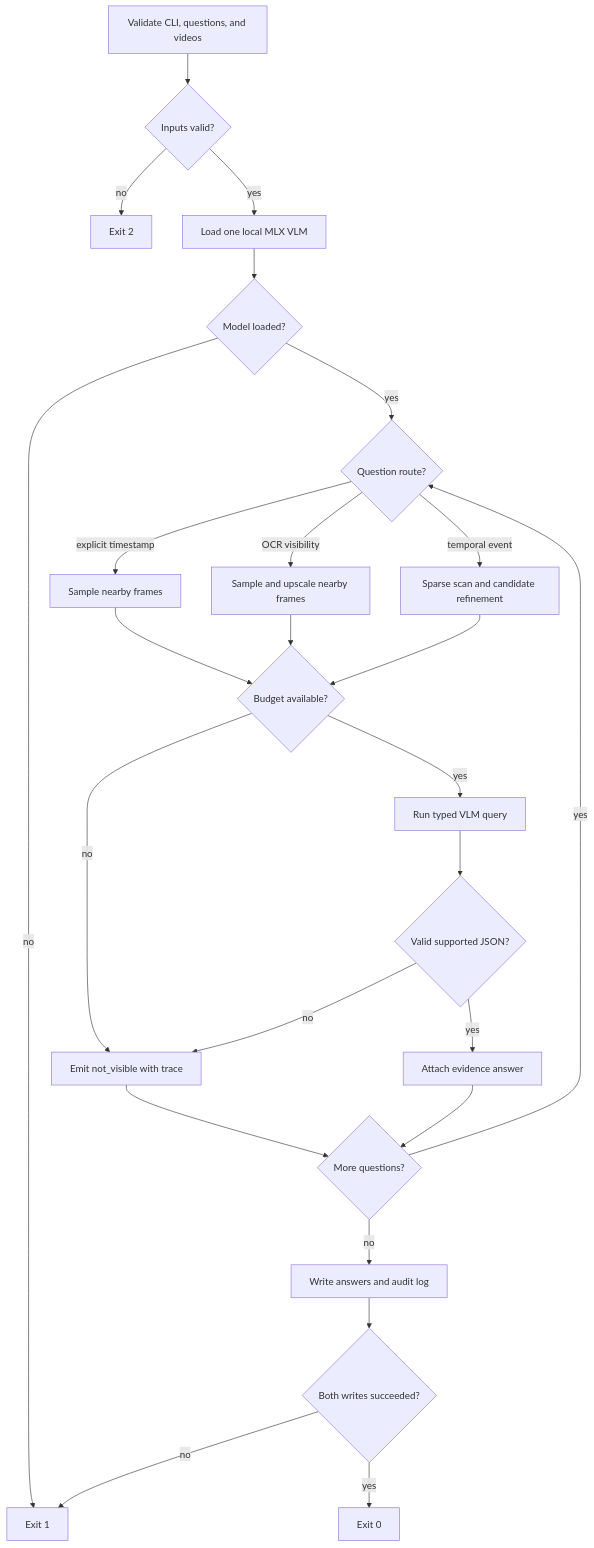
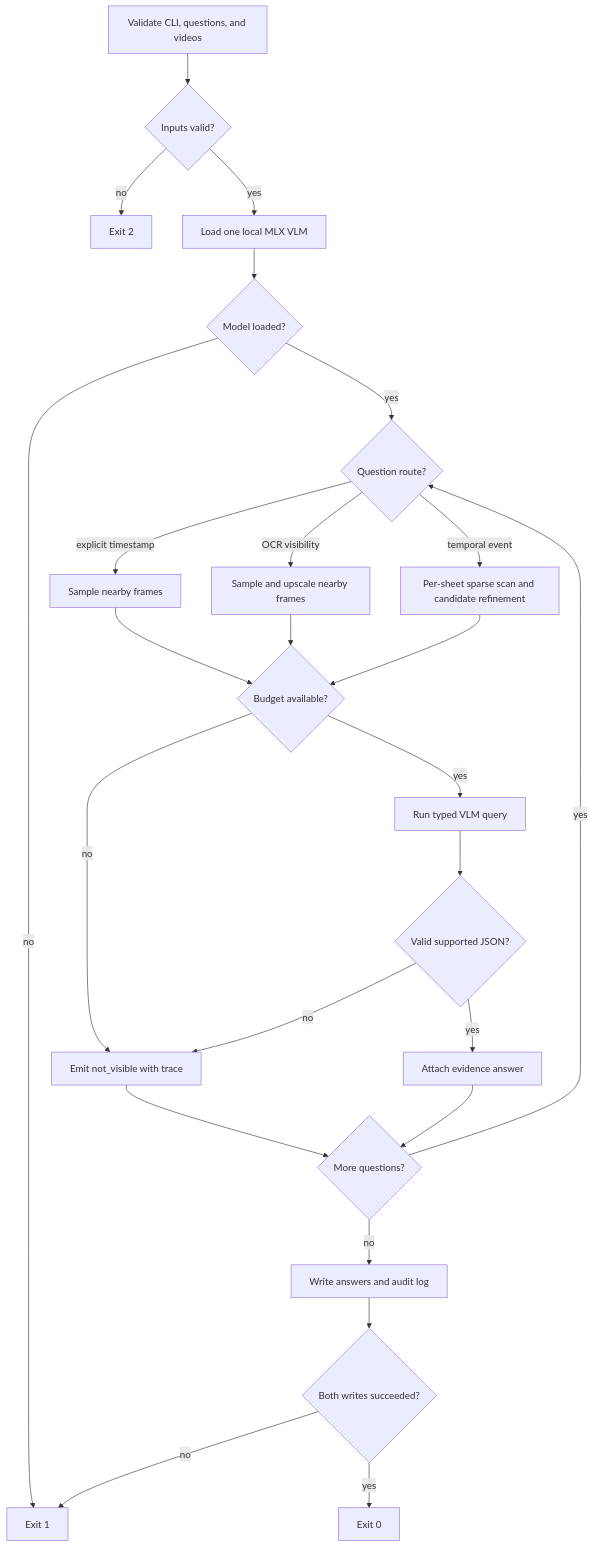
Before and after one commit to softpeanut/kitchen-cctv-agent: the diagram in DESIGN.md, drawn with Mermaid. The commit also changed other lines of this file and 6 other files, not shown here.

````diff
--- a/DESIGN.md
+++ b/DESIGN.md
@@ -67,27 +68,27 @@
 ```mermaid
 flowchart TD
     A["Validate CLI, questions, and videos"] --> B{"Inputs valid?"}
     B -- no --> X["Exit 2"]
     B -- yes --> C["Load one local MLX VLM"]
     C --> D{"Model loaded?"}
     D -- no --> Y["Exit 1"]
     D -- yes --> E{"Question route?"}
     E -- explicit timestamp --> F["Sample nearby frames"]
     E -- OCR visibility --> G["Sample and upscale nearby frames"]
-    E -- temporal event --> H["Sparse scan and candidate refinement"]
+    E -- temporal event --> H["Per-sheet sparse scan and candidate refinement"]
     F --> I{"Budget available?"}
     G --> I
     H --> I
     I -- no --> J["Emit not_visible with trace"]
     I -- yes --> K["Run typed VLM query"]
     K --> L{"Valid supported JSON?"}
     L -- no --> J
     L -- yes --> M["Attach evidence answer"]
     J --> N{"More questions?"}
     M --> N
     N -- yes --> E
     N -- no --> O["Write answers and audit log"]
     O --> P{"Both writes succeeded?"}
     P -- no --> Y
     P -- yes --> Q["Exit 0"]
 ```
````
